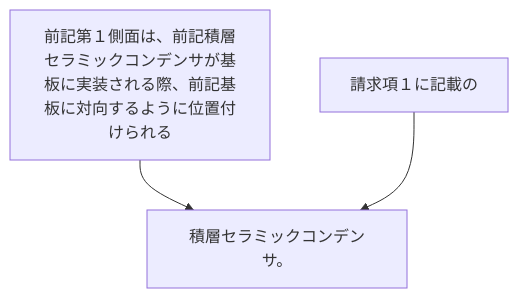
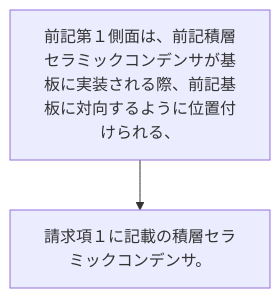
One commit to shinmori55/patent_analyzed changed the diagram in 2024/JP2024034458A/claim_2/README.md. Above: the diagram before and after it, drawn with Mermaid. The commit also changed 336 other files, not shown here.

````diff
--- a/2024/JP2024034458A/claim_2/README.md
+++ b/2024/JP2024034458A/claim_2/README.md
@@ -2,8 +2,6 @@
 ```mermaid
 flowchart TD
-A[前記第１側面は、前記積層セラミックコンデンサが基板に実装される際、前記基板に対向するように位置付けられる]
-B[請求項１に記載の]
-C[積層セラミックコンデンサ。]
-A --> C
-B --> C
+A[前記第１側面は、前記積層セラミックコンデンサが基板に実装される際、前記基板に対向するように位置付けられる、]
+B[請求項１に記載の積層セラミックコンデンサ。]
+A --> B
 ```
````
